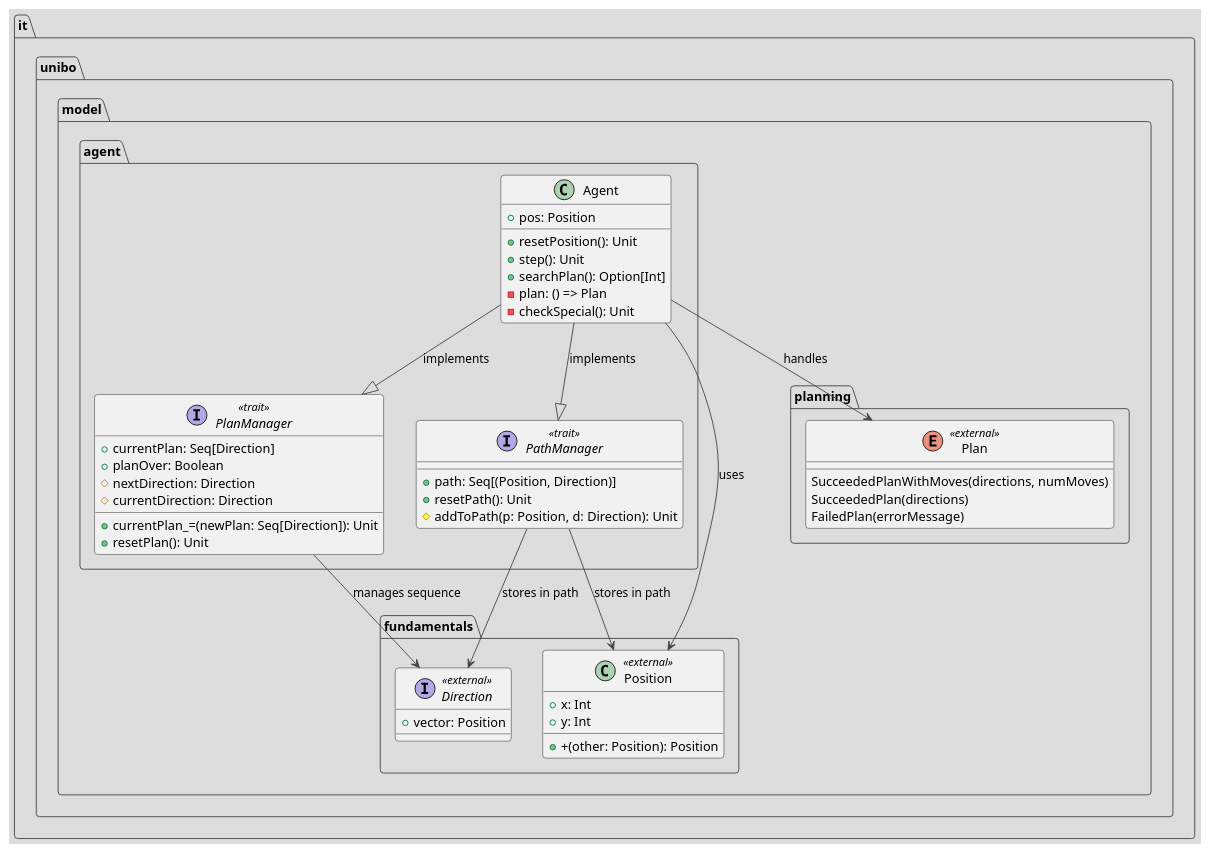
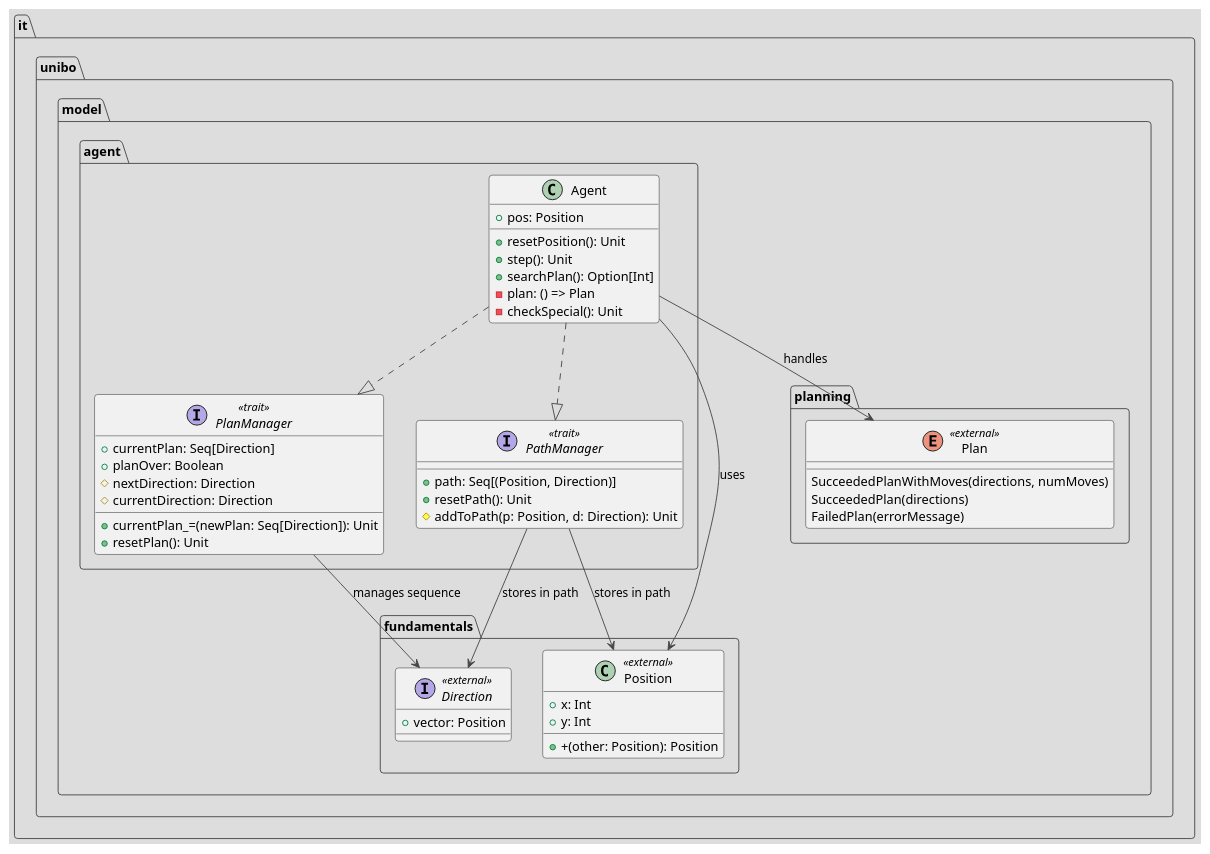
The diagram in agent.puml (g-mainardi/PPS-24-scala-path), drawn with PlantUML before and after one commit. The commit also changed 1 other file, not shown here.

Commit message:
docs: fix some uml formatting

```diff
--- a/agent.puml
+++ b/agent.puml
@@ -1,70 +1,70 @@
 @startuml Agent_Package_Architecture
 !theme toy
 
 package "it.unibo.model.agent" {
     
     ' Main Agent Class
     class Agent {
         +pos: Position
         +resetPosition(): Unit
         +step(): Unit
         +searchPlan(): Option[Int]
         -plan: () => Plan
         -checkSpecial(): Unit
     }
     
     ' PathManager Trait
     interface PathManager <<trait>> {
         +path: Seq[(Position, Direction)]
         +resetPath(): Unit
         #addToPath(p: Position, d: Direction): Unit
     }
     
     ' PlanManager Trait
     interface PlanManager <<trait>> {
         +currentPlan: Seq[Direction]
         +currentPlan_=(newPlan: Seq[Direction]): Unit
         +planOver: Boolean
         +resetPlan(): Unit
         #nextDirection: Direction
         #currentDirection: Direction
     }
     
     ' Relationships within the package
-    Agent --|> PathManager : implements
-    Agent --|> PlanManager : implements
+    Agent ..|> PathManager
+    Agent ..|> PlanManager
     
 }
 
 ' External Dependencies (referenced but not detailed)
 package "it.unibo.model.fundamentals" {
     class Position <<external>> {
         + x: Int
         + y: Int
         + +(other: Position): Position
     }
     
     interface Direction <<external>> {
         +vector: Position
     }
 
 }
 
 package "it.unibo.model.planning" {
     enum Plan <<external>> {
         SucceededPlanWithMoves(directions, numMoves)
         SucceededPlan(directions)
         FailedPlan(errorMessage)
     }
 }
 
 
 ' External relationships
 Agent --> Position : uses
 Agent --> Plan : handles
 
 PathManager --> Position : stores in path
 PathManager --> Direction : stores in path
 PlanManager --> Direction : manages sequence
 
 @enduml
```
